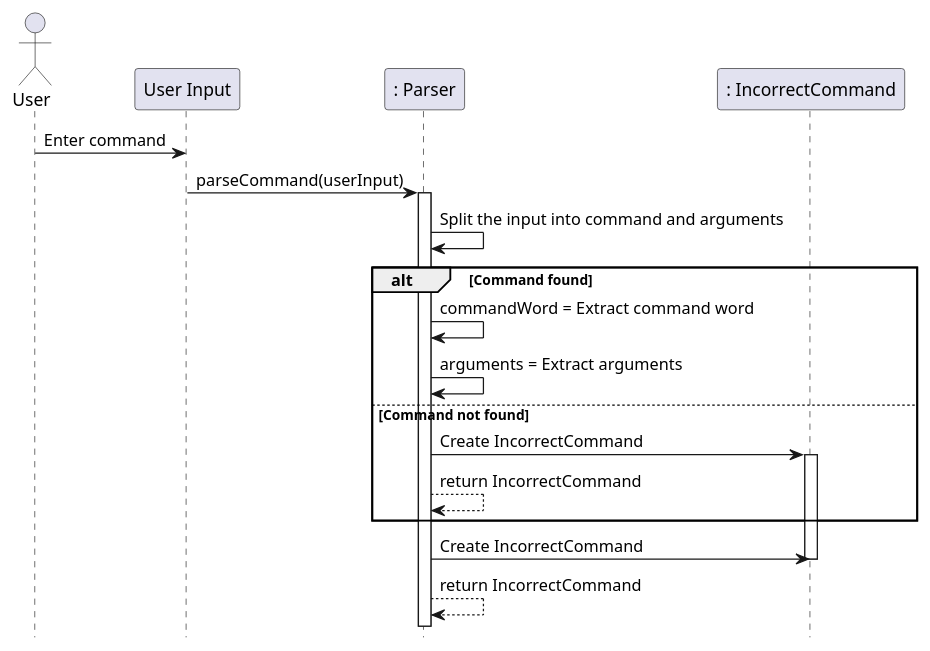
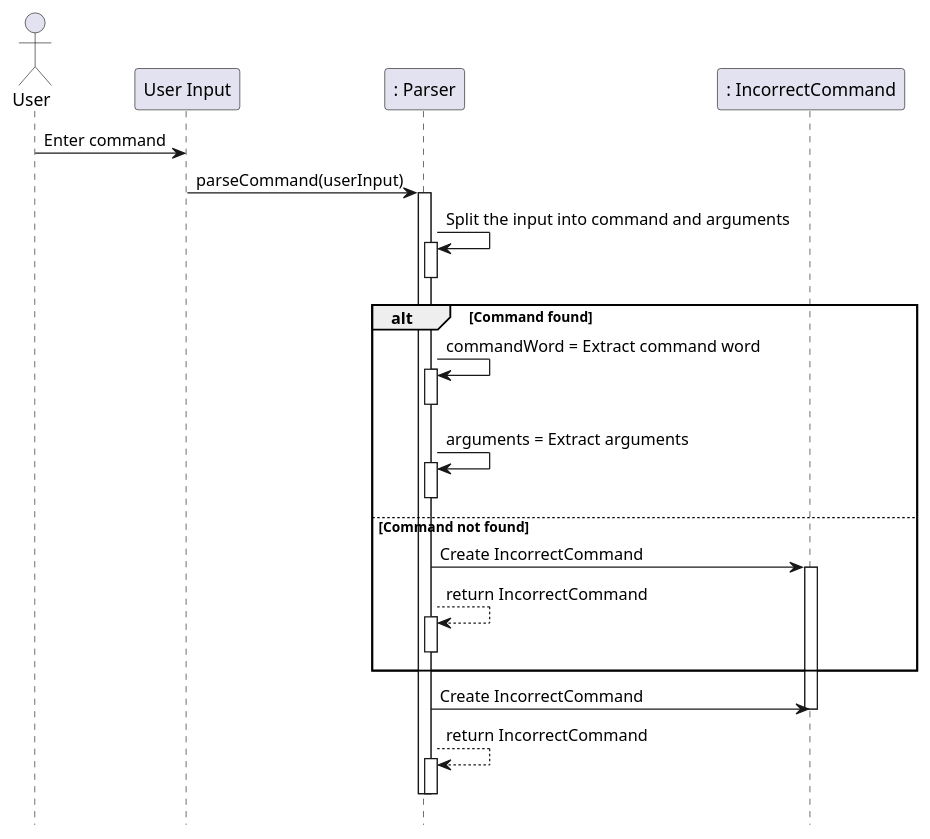
Before and after one commit to nus-cs2113-AY2324S1/tp: the diagram in docs/UML Diagrams/ParserDiagram.puml, drawn with PlantUML. The commit also changed 1 other file, not shown here.

Commit message:
changed parser diagram

```diff
--- a/docs/UML Diagrams/ParserDiagram.puml
+++ b/docs/UML Diagrams/ParserDiagram.puml
@@ -1,25 +1,39 @@
 @startuml
 hide footbox
 actor User
 participant "User Input" as UserInput
 participant ": Parser" as Parser
 
 participant ": IncorrectCommand" as IncorrectCommand
 User -> UserInput: Enter command
 UserInput -> Parser: parseCommand(userInput)
 activate Parser
+
 Parser -> Parser: Split the input into command and arguments
+activate Parser
+deactivate Parser
 alt Command found
 Parser -> Parser: commandWord = Extract command word
+activate Parser
+deactivate Parser
 Parser -> Parser: arguments = Extract arguments
+activate Parser
+deactivate Parser
 else Command not found
 Parser -> IncorrectCommand: Create IncorrectCommand
 activate IncorrectCommand
 Parser --> Parser: return IncorrectCommand
+activate Parser
+deactivate Parser
 end
 Parser -> IncorrectCommand: Create IncorrectCommand
 deactivate IncorrectCommand
 
 Parser --> Parser: return IncorrectCommand
+activate Parser
+deactivate Parser
+
+deactivate Parser
+
 
 @enduml
```
